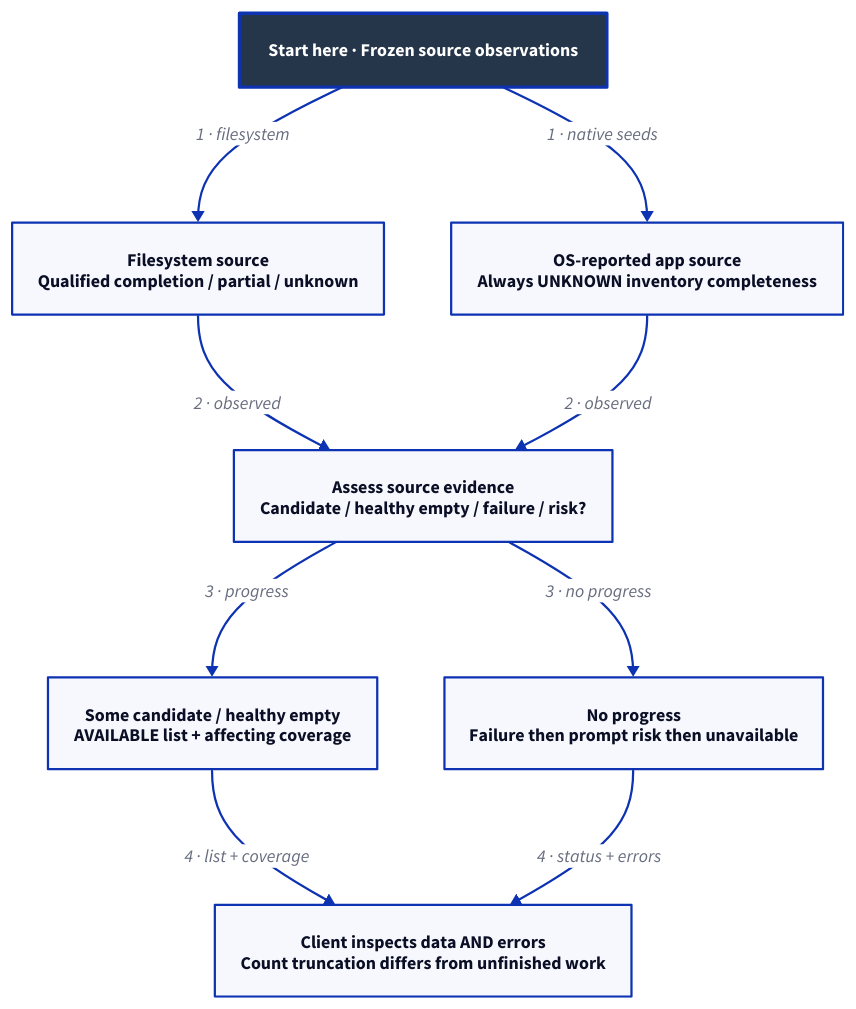
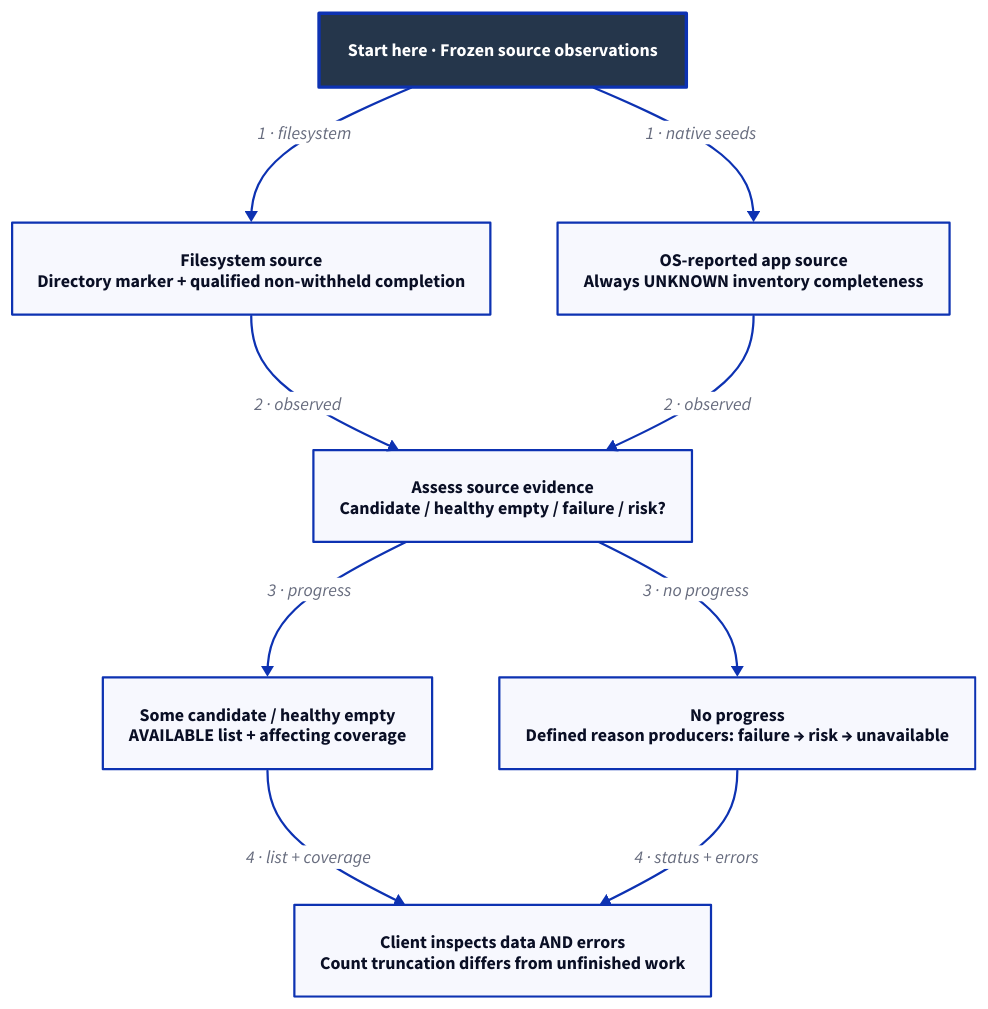
The diagram in docs/design/architecture/search-coverage.d2 (Linkuistics/Koine), drawn with D2 before and after one commit. The commit also changed 39 other files, not shown here.

```diff
--- a/docs/design/architecture/search-coverage.d2
+++ b/docs/design/architecture/search-coverage.d2
@@ -1,20 +1,20 @@
 # Selected mechanism, subject to human choices/review/native acceptance.
 direction: down
 classes: {
   start: {style: {fill: "#25364B"; font-color: "#FFFFFF"; bold: true; stroke-width: 3}}
 }
 Start: "Start here · Frozen source observations" {class: start}
-FS: "Filesystem source\nQualified completion / partial / unknown"
+FS: "Filesystem source\nDirectory marker + qualified non-withheld completion"
 OS: "OS-reported app source\nAlways UNKNOWN inventory completeness"
 Progress: "Some candidate / healthy empty\nAVAILABLE list + affecting coverage"
-NoProgress: "No progress\nFailure then prompt risk then unavailable"
+NoProgress: "No progress\nDefined reason producers: failure → risk → unavailable"
 Client: "Client inspects data AND errors\nCount truncation differs from unfinished work"
 Assess: "Assess source evidence\nCandidate / healthy empty / failure / risk?"
 Start -> FS: "1 · filesystem"
 Start -> OS: "1 · native seeds"
 FS -> Assess: "2 · observed"
 OS -> Assess: "2 · observed"
 Assess -> Progress: "3 · progress"
 Assess -> NoProgress: "3 · no progress"
 Progress -> Client: "4 · list + coverage"
 NoProgress -> Client: "4 · status + errors"
```
